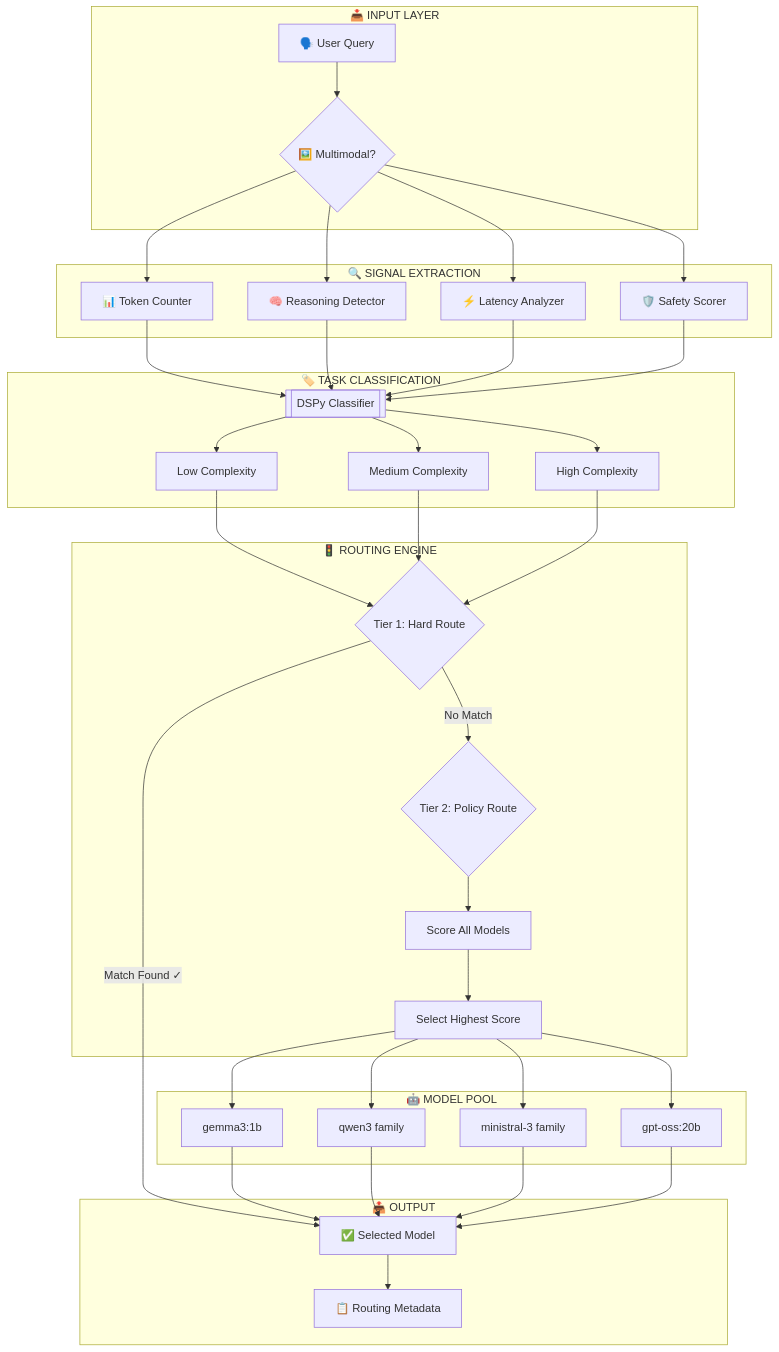
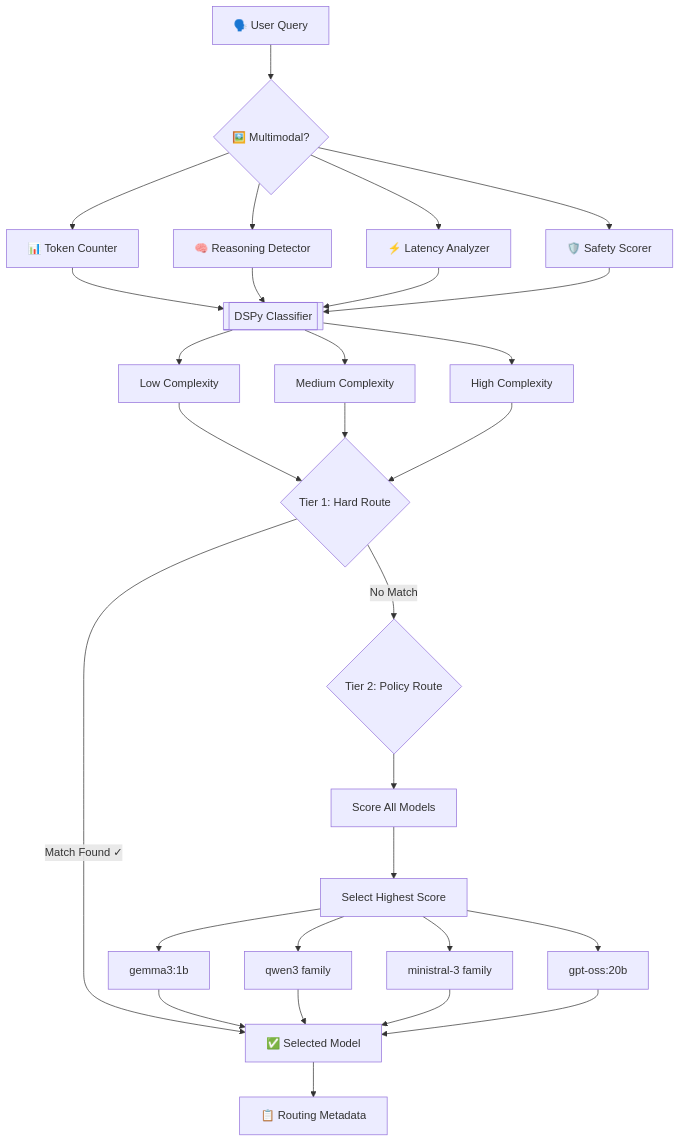
One commit to adityasasidhar/Llm_router changed the first of 3 diagrams in README.md. Above: the diagram before and after it, drawn with Mermaid. The commit also changed other lines of this file, not shown here.

Commit message:
Remove subgraph boxes, keep clean flow

````diff
--- a/README.md
+++ b/README.md
@@ -19,74 +19,40 @@
 ```mermaid
 flowchart TD
-    subgraph Input["📥 INPUT LAYER"]
-        A["🗣️ User Query"]
-        M{"🖼️ Multimodal?"}
-    end
-
-    subgraph Signal["🔍 SIGNAL EXTRACTION"]
-        B["📊 Token Counter"]
-        C["🧠 Reasoning Detector"]
-        D["⚡ Latency Analyzer"]
-        E["🛡️ Safety Scorer"]
-    end
-
-    subgraph Classification["🏷️ TASK CLASSIFICATION"]
-        F[["DSPy Classifier"]]
-        G["Low Complexity"]
-        H["Medium Complexity"]  
-        I["High Complexity"]
-    end
-
-    subgraph Routing["🚦 ROUTING ENGINE"]
-        J{"Tier 1: Hard Route"}
-        K{"Tier 2: Policy Route"}
-        L["Score All Models"]
-        N["Select Highest Score"]
-    end
-
-    subgraph Models["🤖 MODEL POOL"]
-        O["gemma3:1b"]
-        P["qwen3 family"]
-        Q["ministral-3 family"]
-        R["gpt-oss:20b"]
-    end
-
-    subgraph Output["📤 OUTPUT"]
-        S["✅ Selected Model"]
-        T["📋 Routing Metadata"]
-    end
-
-    A --> M
-    M --> B
-    M --> C
-    M --> D
-    M --> E
+    A["🗣️ User Query"] --> M{"🖼️ Multimodal?"}
     
-    B --> F
+    M --> B["📊 Token Counter"]
+    M --> C["🧠 Reasoning Detector"]
+    M --> D["⚡ Latency Analyzer"]
+    M --> E["🛡️ Safety Scorer"]
+    
+    B --> F[["DSPy Classifier"]]
     C --> F
     D --> F
     E --> F
     
-    F --> G
-    F --> H
-    F --> I
+    F --> G["Low Complexity"]
+    F --> H["Medium Complexity"]
+    F --> I["High Complexity"]
     
-    G --> J
+    G --> J{"Tier 1: Hard Route"}
     H --> J
     I --> J
     
-    J -->|"Match Found ✓"| S
-    J -->|"No Match"| K
+    J -->|"Match Found ✓"| S["✅ Selected Model"]
+    J -->|"No Match"| K{"Tier 2: Policy Route"}
     
-    K --> L
-    L --> N
-    N --> O
-    N --> P
-    N --> Q
-    N --> R
+    K --> L["Score All Models"]
+    L --> N["Select Highest Score"]
+    
+    N --> O["gemma3:1b"]
+    N --> P["qwen3 family"]
+    N --> Q["ministral-3 family"]
+    N --> R["gpt-oss:20b"]
+    
     O --> S
     P --> S
     Q --> S
     R --> S
-    S --> T
+    
+    S --> T["📋 Routing Metadata"]
 ```
````
